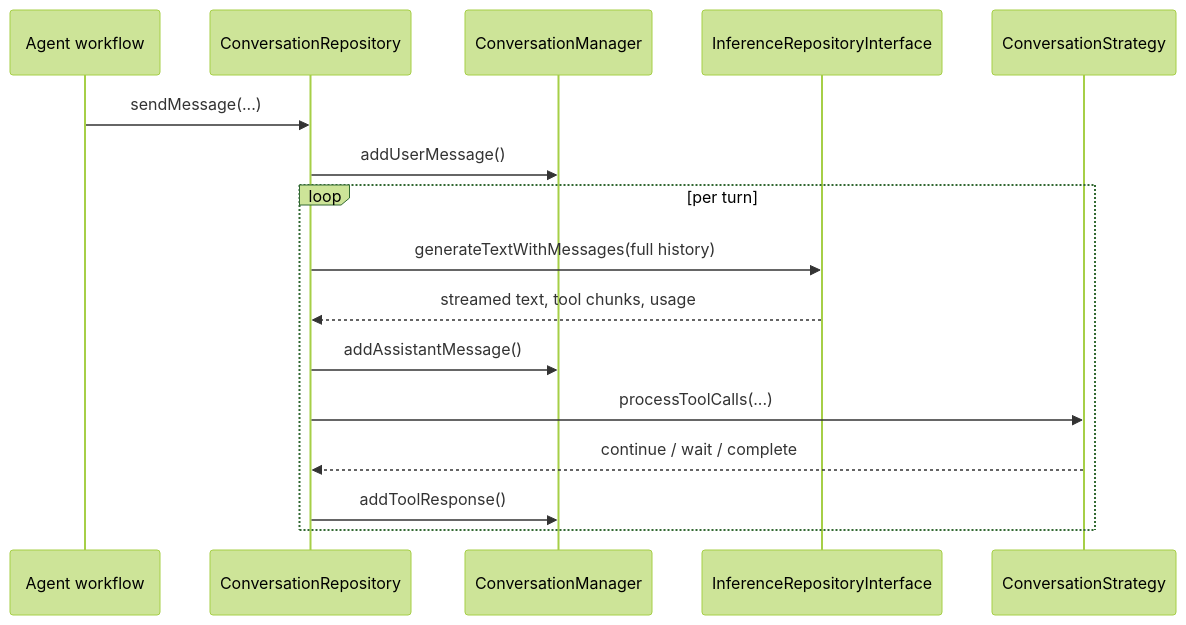
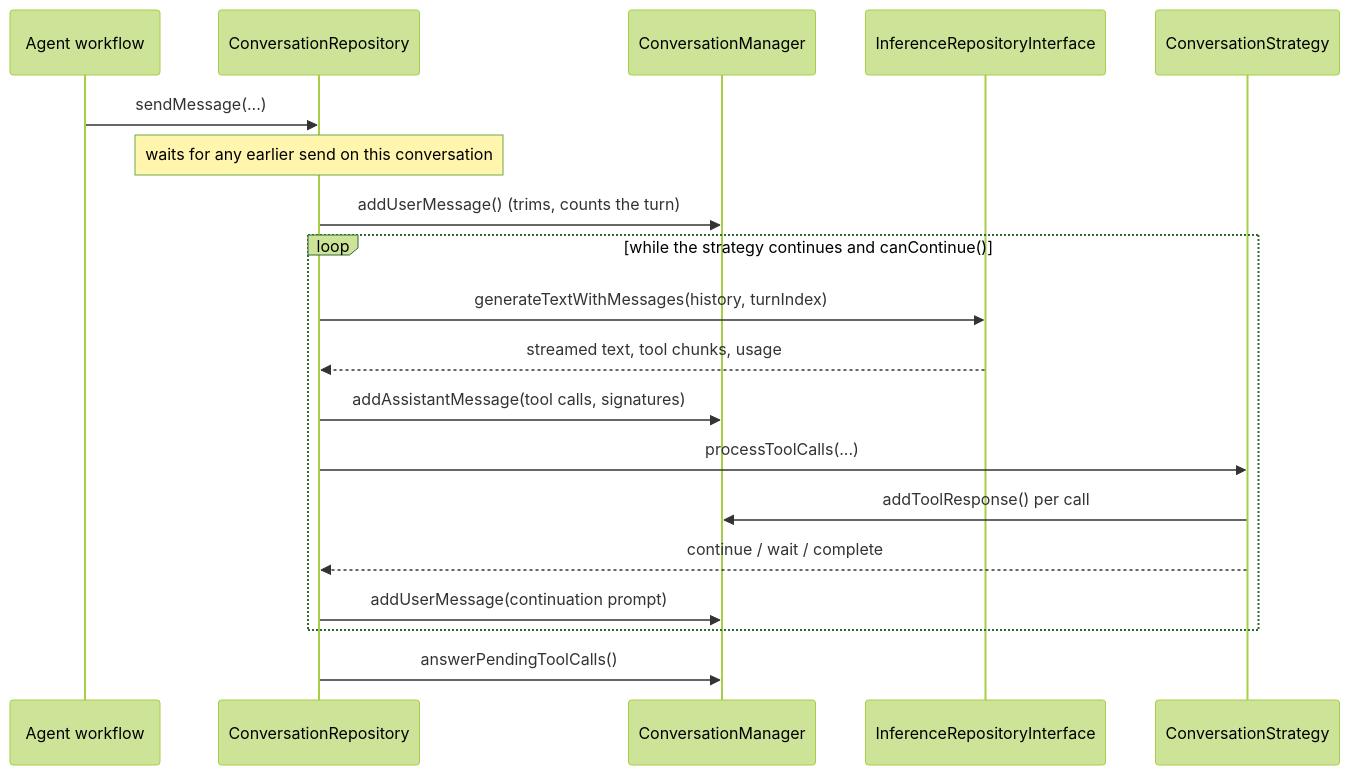
One commit to matthiasn/lotti changed the first of 2 diagrams in knowledge/features/ai/conversations-and-tools.md. Above: the diagram before and after it, drawn with Mermaid (forest theme). The commit also changed other lines of this file and 12 other files, not shown here.

````diff
--- a/knowledge/features/ai/conversations-and-tools.md
+++ b/knowledge/features/ai/conversations-and-tools.md
@@ -20,19 +30,22 @@
 ```mermaid
 sequenceDiagram
   participant Caller as Agent workflow
   participant Repo as ConversationRepository
   participant Manager as ConversationManager
   participant Inference as InferenceRepositoryInterface
   participant Strategy as ConversationStrategy
 
   Caller->>Repo: sendMessage(...)
-  Repo->>Manager: addUserMessage()
-  loop per turn
-    Repo->>Inference: generateTextWithMessages(full history)
+  Note over Repo: waits for any earlier send on this conversation
+  Repo->>Manager: addUserMessage() (trims, counts the turn)
+  loop while the strategy continues and canContinue()
+    Repo->>Inference: generateTextWithMessages(history, turnIndex)
     Inference-->>Repo: streamed text, tool chunks, usage
-    Repo->>Manager: addAssistantMessage()
+    Repo->>Manager: addAssistantMessage(tool calls, signatures)
     Repo->>Strategy: processToolCalls(...)
+    Strategy->>Manager: addToolResponse() per call
     Strategy-->>Repo: continue / wait / complete
-    Repo->>Manager: addToolResponse()
+    Repo->>Manager: addUserMessage(continuation prompt)
   end
+  Repo->>Manager: answerPendingToolCalls()
 ```
````
